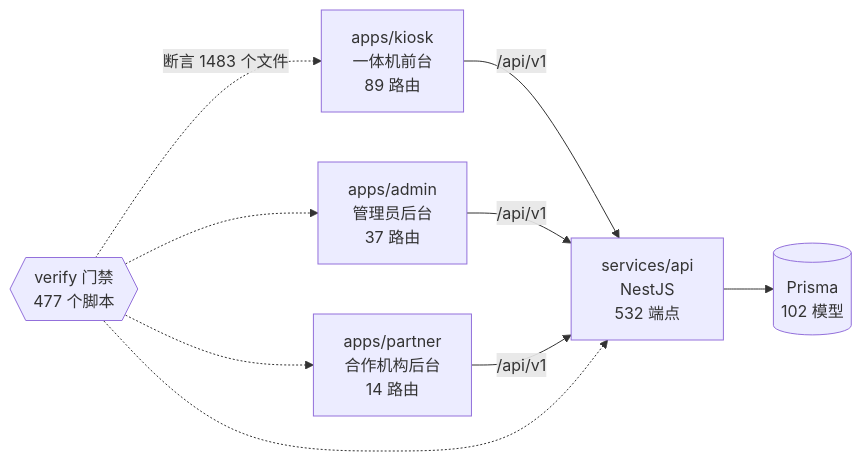
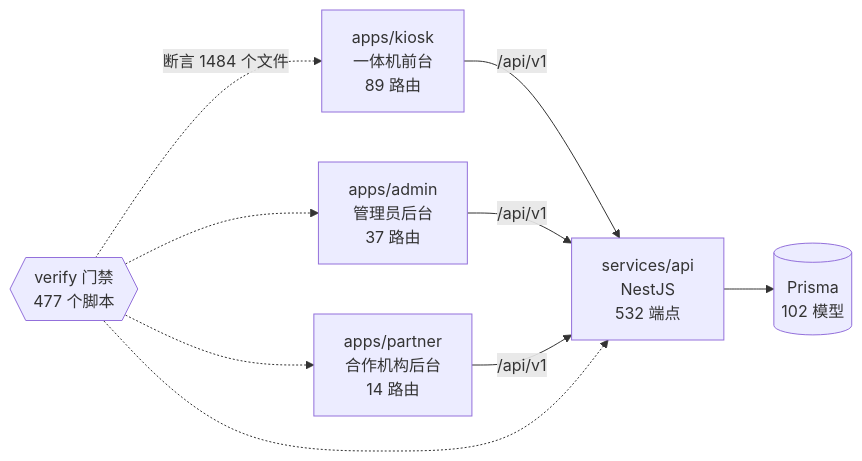
One commit to wanglei581/YITIJI changed the diagram in docs/graph/README.md. Above: the diagram before and after it, drawn with Mermaid. The commit also changed other lines of this file and 4 other files, not shown here.

````diff
--- a/docs/graph/README.md
+++ b/docs/graph/README.md
@@ -68,18 +68,18 @@
 ```mermaid
 flowchart LR
   kiosk["apps/kiosk<br/>一体机前台<br/>89 路由"]
   admin["apps/admin<br/>管理员后台<br/>37 路由"]
   partner["apps/partner<br/>合作机构后台<br/>14 路由"]
   api["services/api<br/>NestJS<br/>532 端点"]
   db[("Prisma<br/>102 模型")]
   gates{{"verify 门禁<br/>477 个脚本"}}
 
   kiosk -->|"/api/v1"| api
   admin -->|"/api/v1"| api
   partner -->|"/api/v1"| api
   api --> db
-  gates -.->|"断言 1483 个文件"| kiosk
+  gates -.->|"断言 1484 个文件"| kiosk
   gates -.-> admin
   gates -.-> partner
   gates -.-> api
 ```
````
